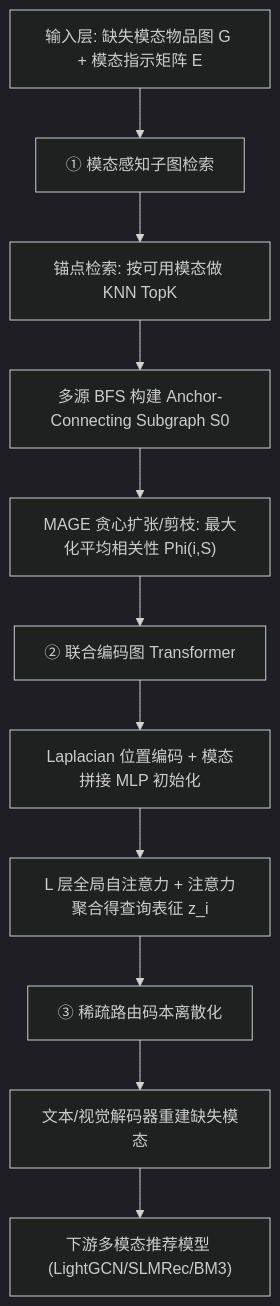
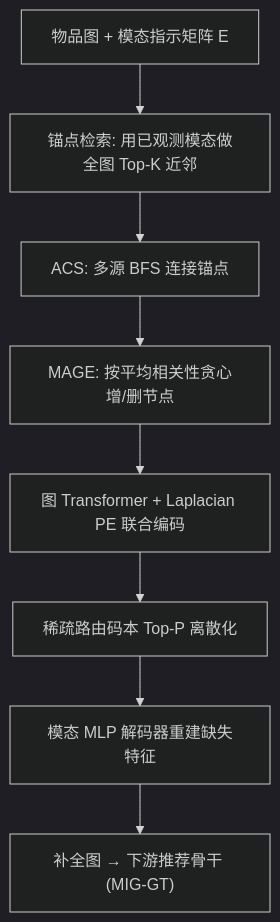
One commit to jbdcia321vw/Paper-Notes changed the diagram in docs/venues/SIGIR/2026/multimodal_rec/robust_multimodal_recommendation_via_graph_retrieval_enhanced_modality_comp.md. Above: the diagram before and after it, drawn with Mermaid (dark theme). The commit also changed other lines of this file and 1119 other files, not shown here.

````diff
--- a/docs/venues/SIGIR/2026/multimodal_rec/robust_multimodal_recommendation_via_graph_retrieval_enhanced_modality_comp.md
+++ b/docs/venues/SIGIR/2026/multimodal_rec/robust_multimodal_recommendation_via_graph_retrieval_enhanced_modality_comp.md
@@ -67,13 +47,10 @@
 ```mermaid
 flowchart TD
-    A["输入层: 缺失模态物品图 G + 模态指示矩阵 E"] --> B["① 模态感知子图检索"]
-    B --> B1["锚点检索: 按可用模态做 KNN TopK"]
-    B1 --> B2["多源 BFS 构建 Anchor-Connecting Subgraph S0"]
-    B2 --> B3["MAGE 贪心扩张/剪枝: 最大化平均相关性 Phi(i,S)"]
-    B3 --> C["② 联合编码图 Transformer"]
-    C --> C1["Laplacian 位置编码 + 模态拼接 MLP 初始化"]
-    C1 --> C2["L 层全局自注意力 + 注意力聚合得查询表征 z_i"]
-    C2 --> D["③ 稀疏路由码本离散化"]
-    D --> E["文本/视觉解码器重建缺失模态"]
-    E --> F["下游多模态推荐模型 (LightGCN/SLMRec/BM3)"]
+    A["物品图 + 模态指示矩阵 E"] --> B["锚点检索: 用已观测模态做全图 Top-K 近邻"]
+    B --> C["ACS: 多源 BFS 连接锚点"]
+    C --> D["MAGE: 按平均相关性贪心增/删节点"]
+    D --> E["图 Transformer + Laplacian PE 联合编码"]
+    E --> F["稀疏路由码本 Top-P 离散化"]
+    F --> G["模态 MLP 解码器重建缺失特征"]
+    G --> H["补全图 → 下游推荐骨干 (MIG-GT)"]
 ```
````
